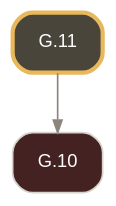
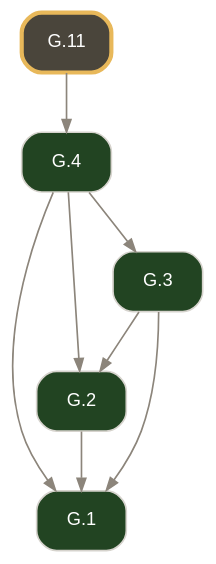
One commit to geometor/elements changed the diagram in docsrc/elements2/G.11/index.rst. Above: the diagram before and after it, drawn with Graphviz. The commit also changed other lines of this file and 2974 other files, not shown here.

```diff
--- a/docsrc/elements2/G.11/index.rst
+++ b/docsrc/elements2/G.11/index.rst
@@ -87,11 +34,20 @@
 .. graphviz::
 
    digraph {
      bgcolor="transparent";
      node [shape=box, style="rounded,filled", fontname="Helvetica", fontsize=11, color="#d6d3cd", fontcolor="#ffffff"];
      edge [color="#8c857b", fontcolor="#8c857b", arrowsize=0.75];
      rankdir="TB";
-     "G.10" [label="G.10", tooltip="G.10 (I.cn.4): Things that coincide with one another are equal.", fillcolor="#442222", URL="../G.10/index.html", target="_top"];
-     "G.11" [label="G.11", tooltip="G.11 (I.4): Triangles with two sides and the included angle equal are congruent (SAS).", penwidth=2.5, color="#e8b85a", fillcolor="#4a453b", URL="index.html", target="_top"];
-     "G.11" -> "G.10";
+     "G.1" [label="G.1", tooltip="G.1 (I.def.1): A point A is that which has no part.", fillcolor="#224422", URL="../G.1/index.html", target="_top"];
+     "G.2" [label="G.2", tooltip="G.2 (I.def.2): A line [ A B ] is a projection of a relationship of two points A, B.", fillcolor="#224422", URL="../G.2/index.html", target="_top"];
+     "G.3" [label="G.3", tooltip="G.3 (I.def.3): The extremities of a segment / A B / are points A, B.", fillcolor="#224422", URL="../G.3/index.html", target="_top"];
+     "G.4" [label="G.4", tooltip="G.4 (I.def.4): A segment / A B / is a portion of a line [ A B ] between two points A, B on the line.", fillcolor="#224422", URL="../G.4/index.html", target="_top"];
+     "G.11" [label="G.11", tooltip="G.11 (I.def.19): Rectilineal figures are contained by segments: trilateral by three, quadrilateral by four, and multilateral by more than four.", penwidth=2.5, color="#e8b85a", fillcolor="#4a453b", URL="index.html", target="_top"];
+     "G.2" -> "G.1";
+     "G.3" -> "G.1";
+     "G.4" -> "G.1";
+     "G.3" -> "G.2";
+     "G.4" -> "G.2";
+     "G.4" -> "G.3";
+     "G.11" -> "G.4";
    }
```
